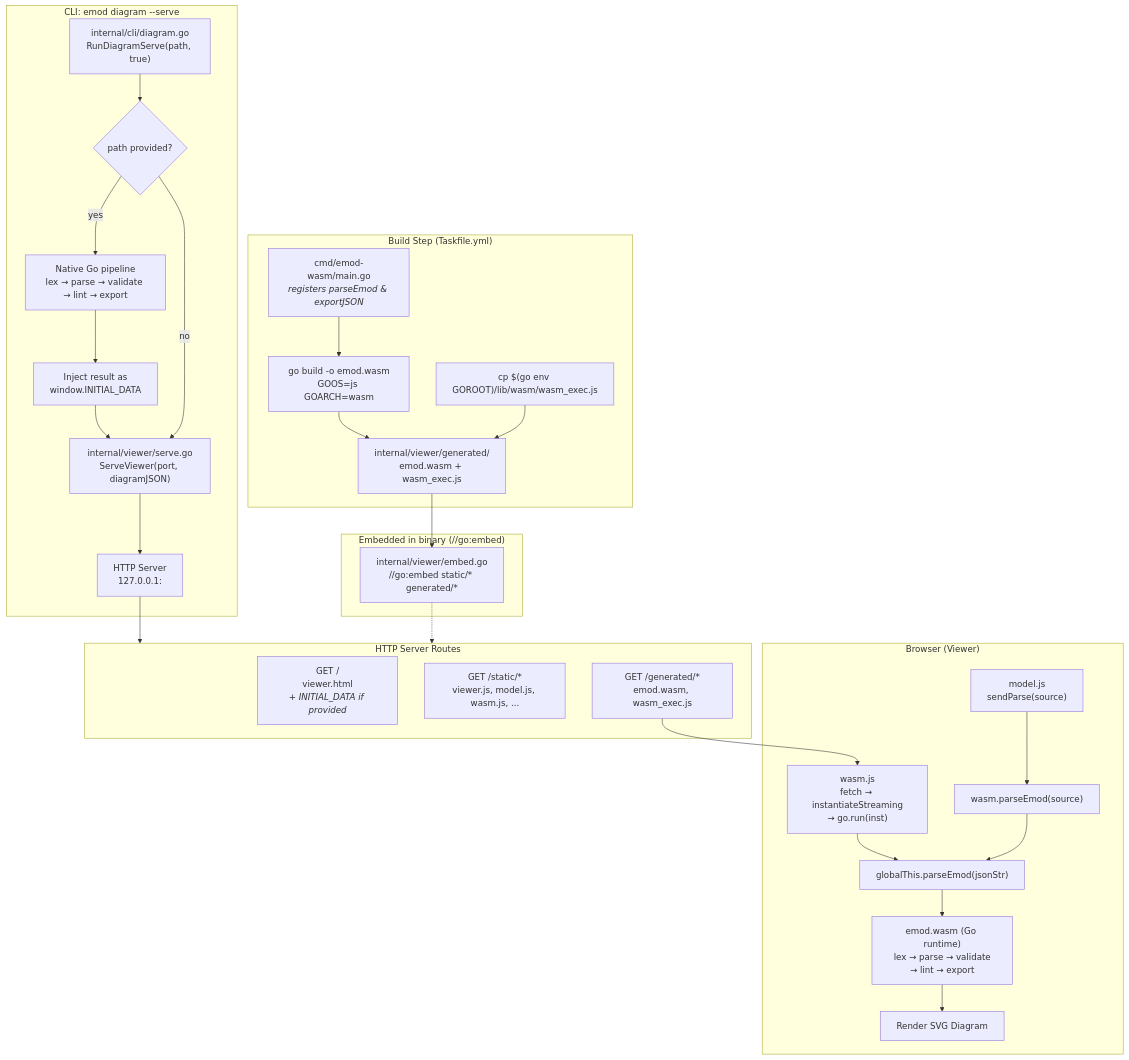
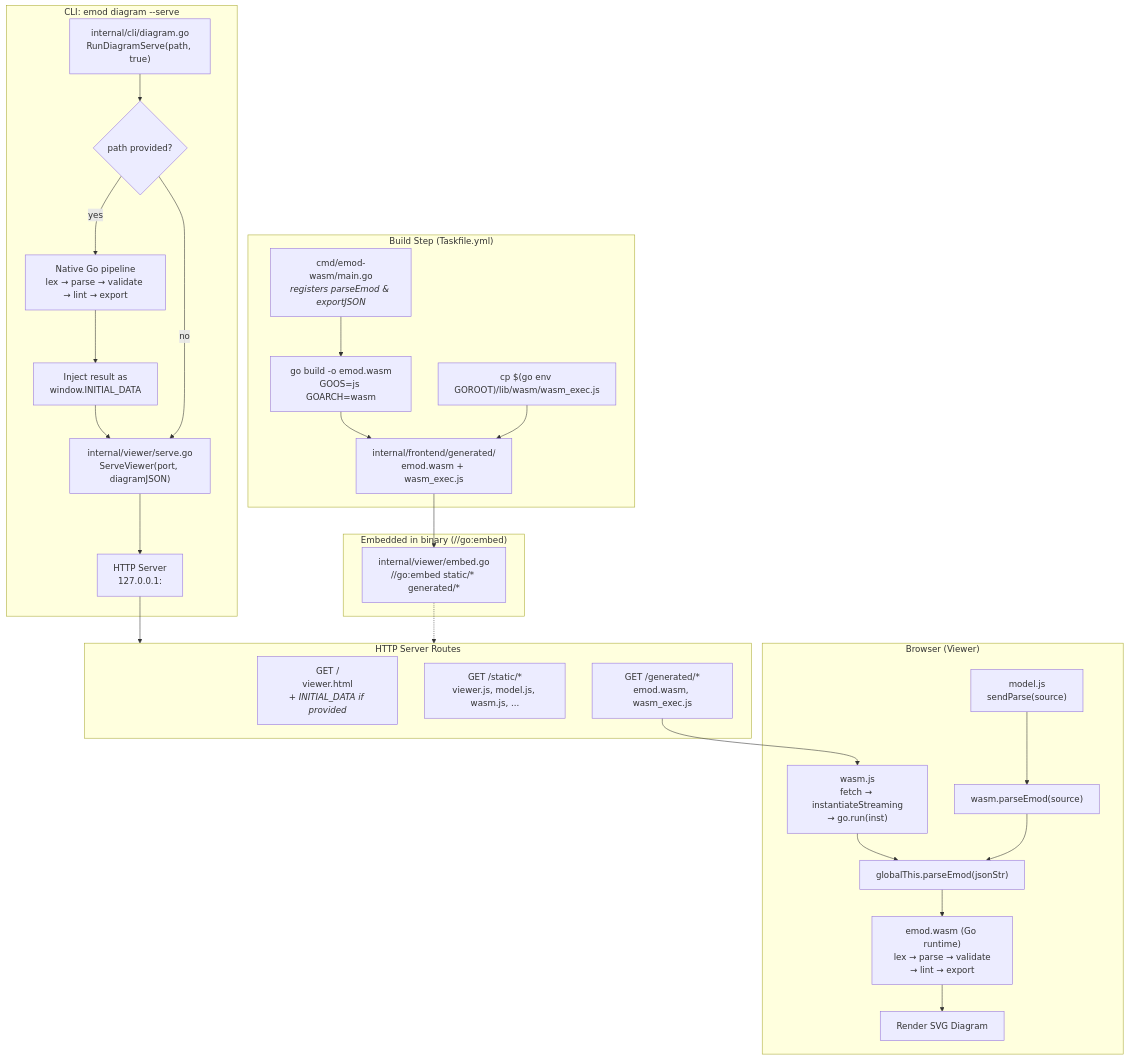
One commit to hpcsc/emod changed the diagram in docs/wasm-architecture.md. Above: the diagram before and after it, drawn with Mermaid. The commit also changed other lines of this file and 51 other files, not shown here.

First line of the commit message:
Split internal/viewer into frontend and viewer

````diff
--- a/docs/wasm-architecture.md
+++ b/docs/wasm-architecture.md
@@ -3,53 +3,53 @@
 ```mermaid
 flowchart TB
     subgraph Build["Build Step (Taskfile.yml)"]
         A["cmd/emod-wasm/main.go<br/><i>registers parseEmod &amp; exportJSON</i>"]
         B["go build -o emod.wasm<br/>GOOS=js GOARCH=wasm"]
         C["cp $(go env GOROOT)/lib/wasm/wasm_exec.js"]
-        D["internal/viewer/generated/<br/>emod.wasm + wasm_exec.js"]
+        D["internal/frontend/generated/<br/>emod.wasm + wasm_exec.js"]
         A --> B --> D
         C --> D
     end
 
     subgraph CLI["CLI: emod diagram --serve"]
         E["internal/cli/diagram.go<br/>RunDiagramServe(path, true)"]
         F{"path provided?"}
         G["Native Go pipeline<br/>lex → parse → validate → lint → export"]
         H["Inject result as<br/>window.INITIAL_DATA"]
         I["internal/viewer/serve.go<br/>ServeViewer(port, diagramJSON)"]
         J["HTTP Server<br/>127.0.0.1:<port>"]
 
         E --> F
         F -- yes --> G --> H --> I
         F -- no --> I
         I --> J
     end
 
     subgraph Server["HTTP Server Routes"]
         K["GET /<br/>viewer.html<br/><i>+ INITIAL_DATA if provided</i>"]
         L["GET /static/*<br/>viewer.js, model.js, wasm.js, ..."]
         M["GET /generated/*<br/>emod.wasm, wasm_exec.js"]
     end
 
     J --> Server
 
     subgraph Browser["Browser (Viewer)"]
         N["wasm.js<br/>fetch → instantiateStreaming<br/>→ go.run(inst)"]
         O["model.js<br/>sendParse(source)"]
         P["wasm.parseEmod(source)"]
         Q["globalThis.parseEmod(jsonStr)"]
         R["emod.wasm (Go runtime)<br/>lex → parse → validate<br/>→ lint → export"]
         S["Render SVG Diagram"]
     end
 
     M --> N
     N --> Q
     O --> P --> Q --> R --> S
 
     subgraph Files["Embedded in binary (//go:embed)"]
         T["internal/viewer/embed.go<br/>//go:embed static/* generated/*"]
     end
 
     D --> T
     T -.-> Server
 ```
````
